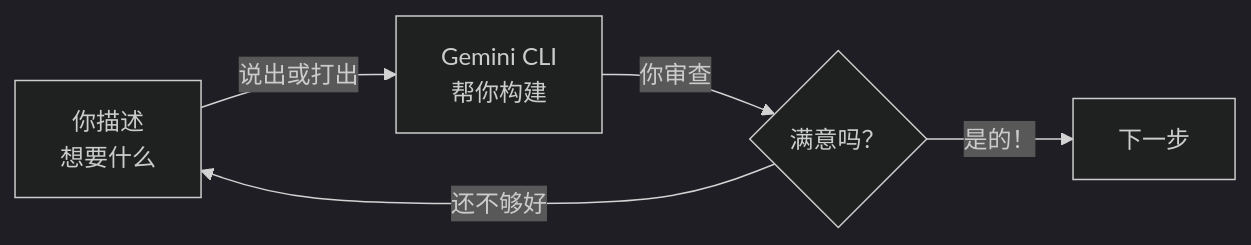
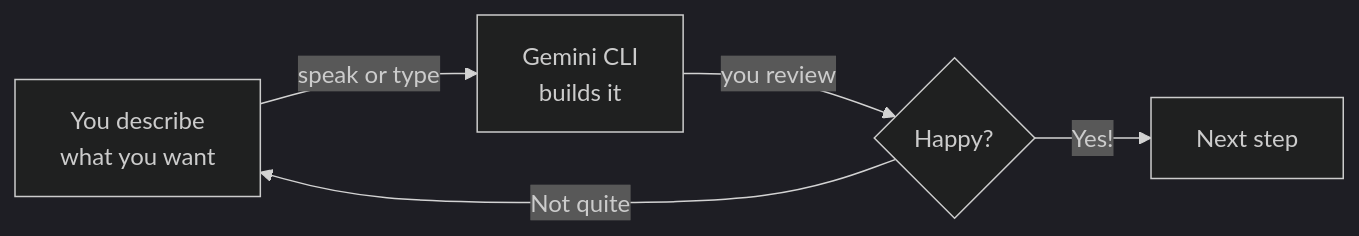
Before and after one commit to ChanMeng666/ai-programming-teaching-project: the diagram in versioned_docs/version-2026-her-waka/tutorial/personal-website/build-website.mdx, drawn with Mermaid (dark theme). The commit also changed other lines of this file and 472 other files, not shown here.

````diff
--- a/versioned_docs/version-2026-her-waka/tutorial/personal-website/build-website.mdx
+++ b/versioned_docs/version-2026-her-waka/tutorial/personal-website/build-website.mdx
@@ -21,7 +21,7 @@
 ```mermaid
 flowchart LR
-    A["你描述\n想要什么"] -->|"说出或打出"| B["Gemini CLI\n帮你构建"]
-    B -->|"你审查"| C{"满意吗？"}
-    C -->|"还不够好"| A
-    C -->|"是的！"| D["下一步"]
+    A["You describe\nwhat you want"] -->|"speak or type"| B["Gemini CLI\nbuilds it"]
+    B -->|"you review"| C{"Happy?"}
+    C -->|"Not quite"| A
+    C -->|"Yes!"| D["Next step"]
 ```
````
